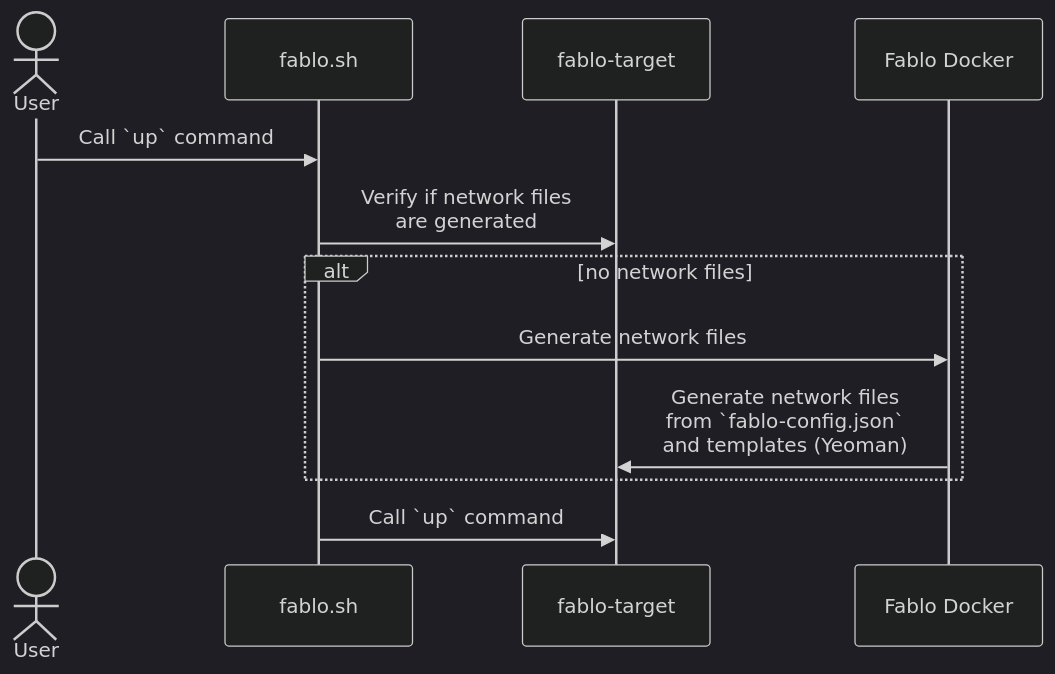
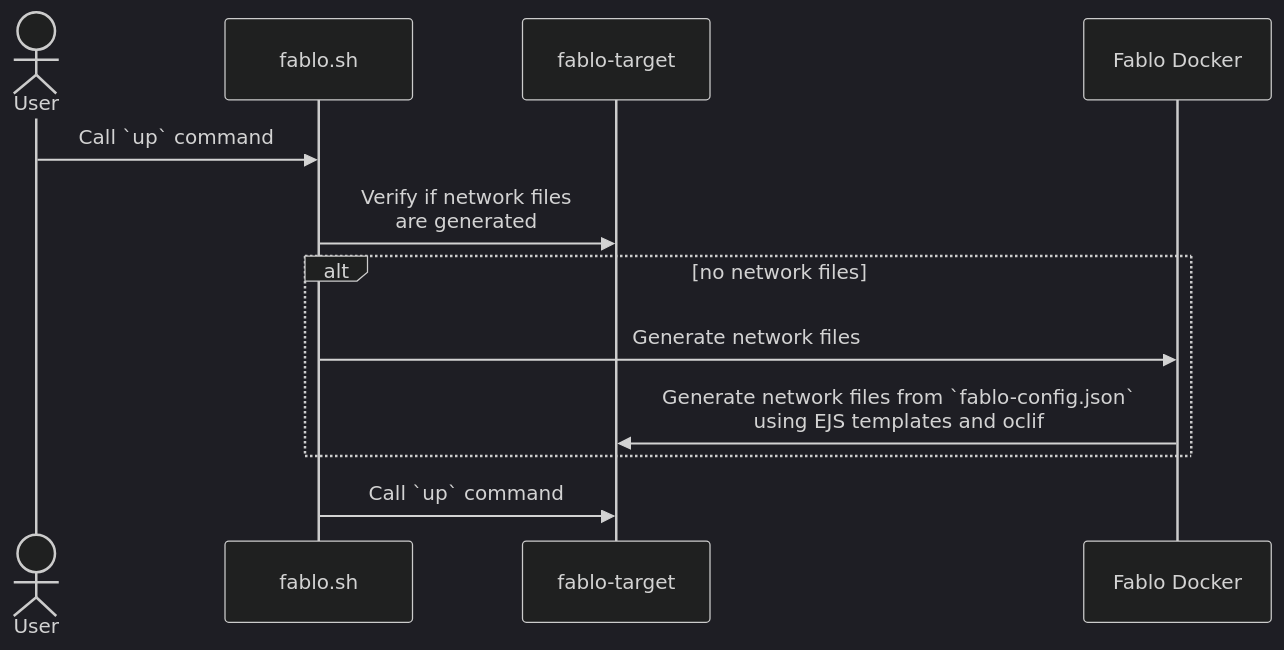
Before and after one commit to hyperledger-labs/fablo: the diagram in ARCHITECTURE.md, drawn with Mermaid (dark theme). The commit also changed other lines of this file and 44 other files, not shown here.

Commit message:
Refactor: Remove Yeoman and switch to Oclif (#640)

````diff
--- a/ARCHITECTURE.md
+++ b/ARCHITECTURE.md
@@ -7,12 +7,12 @@
 ```mermaid
 sequenceDiagram
   actor User
     User ->> fablo.sh: Call `up` command
     fablo.sh ->> fablo-target: Verify if network files<br/>are generated
     alt no network files
       fablo.sh ->> Fablo Docker: Generate network files
-      Fablo Docker ->> fablo-target: Generate network files<br>from `fablo-config.json`<br>and templates (Yeoman)
+      Fablo Docker ->> fablo-target: Generate network files from `fablo-config.json`<br>using EJS templates and oclif
     end
     fablo.sh ->> fablo-target: Call `up` command
 
 ```
````
